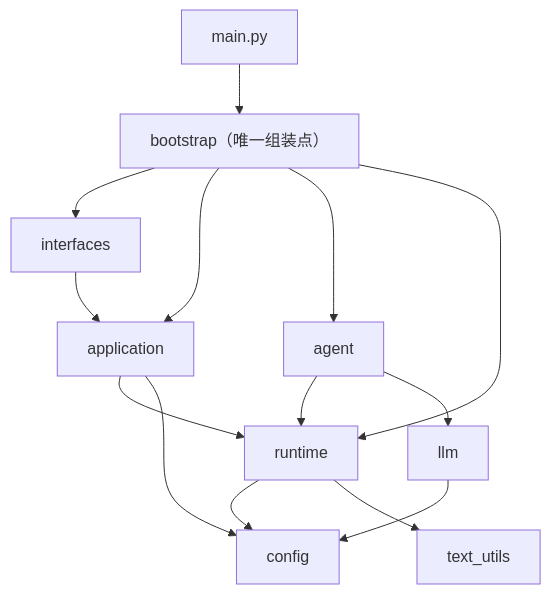
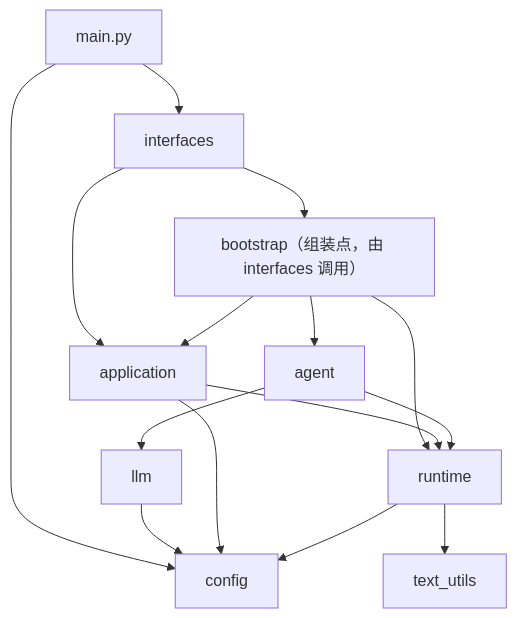
One commit to YQ153/MyAgentHarness changed the third of 3 diagrams in docs/architecture/分层架构评估与重构方案.md. Above: the diagram before and after it, drawn with Mermaid. The commit also changed other lines of this file and 1 other file, not shown here.

Commit message:
fix(auth,docs): 删除 device flow 死代码并同步依赖目标态图（D-6 / D-9）
D-6：删除 interfaces/web/auth/device_flow.py 的 _device_flow_expires_at——全仓仅 1 处定义、0 处调用；同文件的 _device_flow_key_expires_at 在 :159 被真实调用，保留。

D-9：把《分层架构评估与重构方案》10.2 节的目标态依赖图改为实际结构。原图把 bootstrap 画成 interfaces 的上游，但实施时改为在 interfaces 侧的 lifespan 内调用 build_app_context（见 KN-5），真实方向是 interfaces → bootstrap；.importlinter 契约 6 也只禁止 application / agent / llm / runtime 依赖 bootstrap，显式允许 interfaces 依赖它。顺带纠正：main.py 不依赖 bootstrap，只依赖 interfaces 与 config。

回归：642 passed，覆盖率 72.33%（删掉 3 条死语句后微升），契约 6 kept / 0 broken。

````diff
--- a/docs/architecture/分层架构评估与重构方案.md
+++ b/docs/architecture/分层架构评估与重构方案.md
@@ -1152,16 +1160,17 @@
 ```mermaid
 flowchart TB
-    M["main.py"] --> B["bootstrap（唯一组装点）"]
-    B --> IF["interfaces"]
-    B --> AP["application"]
+    M["main.py"] --> IF["interfaces"]
+    M --> CFG["config"]
+    IF --> B["bootstrap（组装点，由 interfaces 调用）"]
+    IF --> AP["application"]
+    B --> AP
     B --> AG["agent"]
     B --> RT["runtime"]
-    IF --> AP
     AP --> RT
     AG --> RT
     AG --> LLM["llm"]
-    LLM --> CFG["config"]
+    LLM --> CFG
     AP --> CFG
     RT --> CFG
     RT --> TU["text_utils"]
 ```
````
